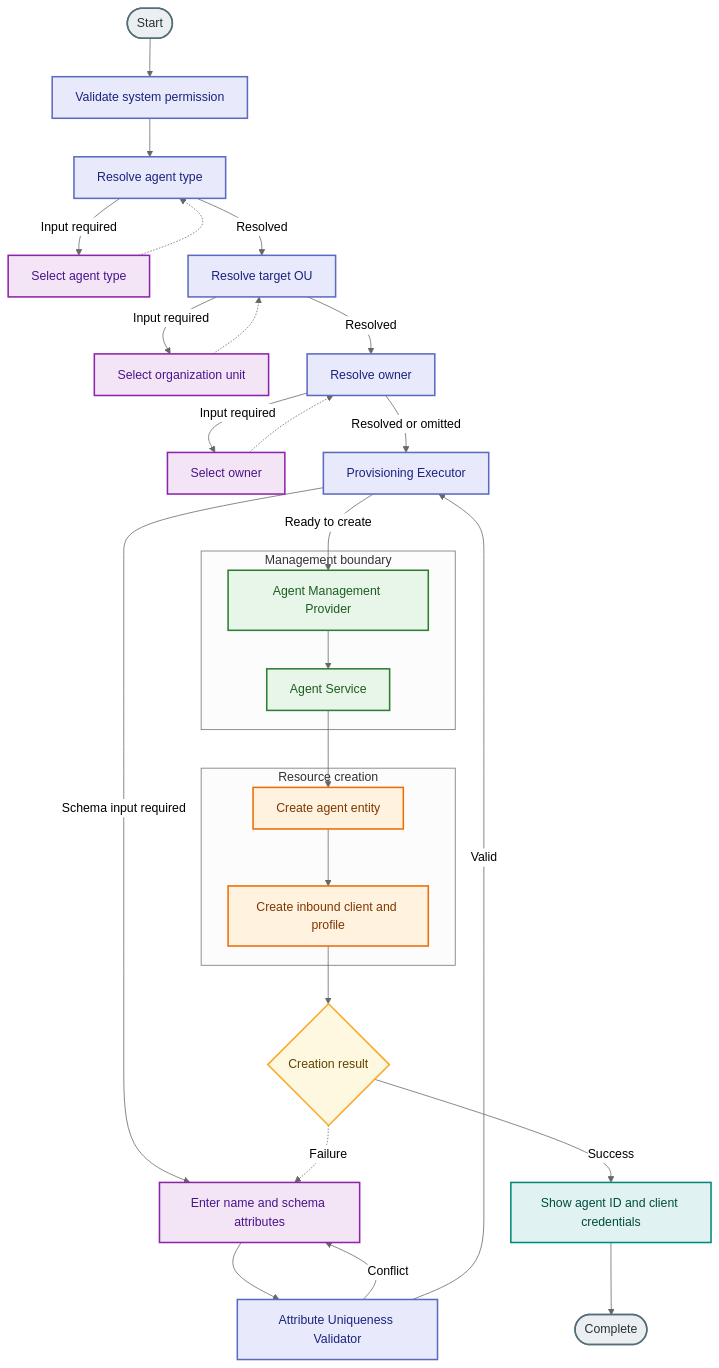
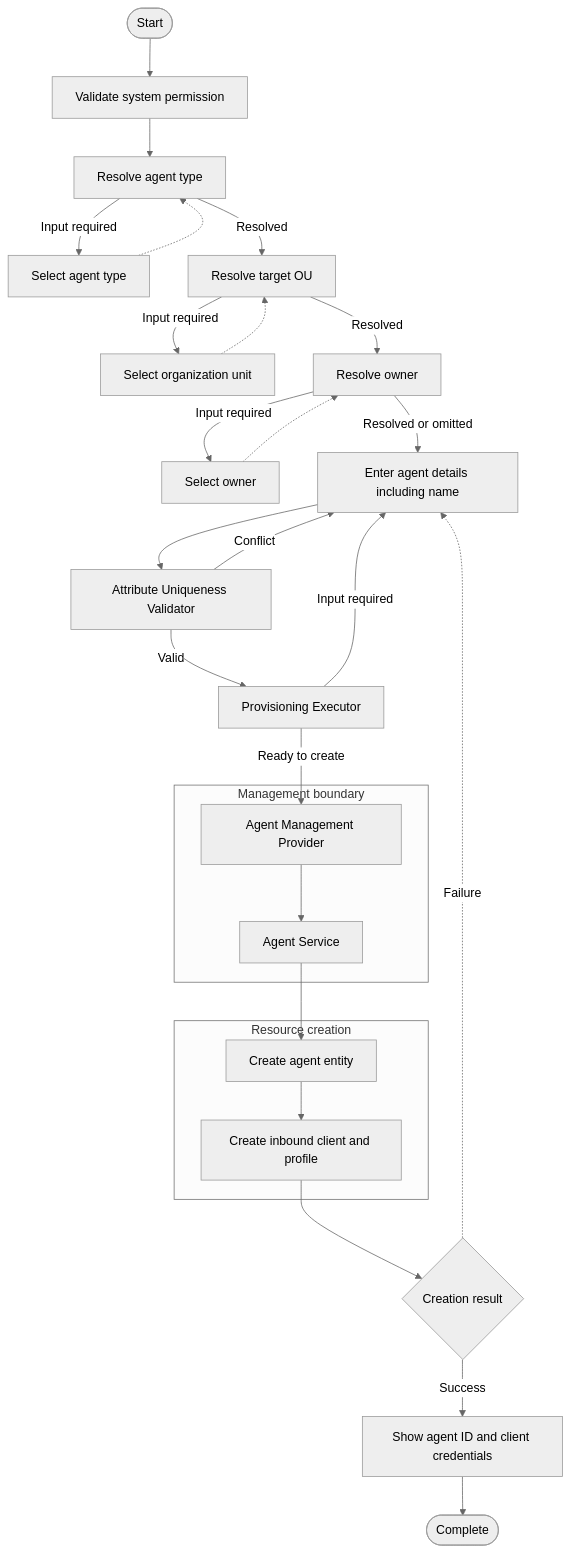
One commit to Dilusha-Madushan/thunder changed the diagram in docs-internals/agent-onbaording-flow/spec.md. Above: the diagram before and after it, drawn with Mermaid (neutral theme). The commit also changed other lines of this file, not shown here.

First line of the commit message:
Support on-behalf-of agent onboarding through flows

````diff
--- a/docs-internals/agent-onbaording-flow/spec.md
+++ b/docs-internals/agent-onbaording-flow/spec.md
@@ -246,57 +245,43 @@
 ```mermaid
 flowchart TD
     START([Start]) --> PERM[Validate system permission]
     PERM --> TYPE[Resolve agent type]
 
     TYPE -->|Input required| TYPE_PROMPT[Select agent type]
     TYPE_PROMPT -.-> TYPE
     TYPE -->|Resolved| OU[Resolve target OU]
 
     OU -->|Input required| OU_PROMPT[Select organization unit]
     OU_PROMPT -.-> OU
     OU -->|Resolved| OWNER[Resolve owner]
 
     OWNER -->|Input required| OWNER_PROMPT[Select owner]
     OWNER_PROMPT -.-> OWNER
-    OWNER -->|Resolved or omitted| PROVISION[Provisioning Executor]
-    PROVISION -->|Schema input required| DETAILS[Enter name and schema attributes]
+    OWNER -->|Resolved or omitted| DETAILS[Enter agent details including name]
+
     DETAILS --> UNIQUE[Attribute Uniqueness Validator]
+    PROVISION[Provisioning Executor] -->|Input required| DETAILS
     UNIQUE -->|Conflict| DETAILS
     UNIQUE -->|Valid| PROVISION
 
     subgraph MANAGEMENT["Management boundary"]
         PROVIDER[Agent Management Provider]
         SERVICE[Agent Service]
     end
 
     subgraph RESOURCES["Resource creation"]
         ENTITY[Create agent entity]
         INBOUND[Create inbound client and profile]
     end
 
     PROVISION -->|Ready to create| PROVIDER
     PROVIDER --> SERVICE
     SERVICE --> ENTITY
     ENTITY --> INBOUND
     INBOUND --> RESULT{Creation result}
 
     RESULT -.->|Failure| DETAILS
     RESULT -->|Success| CREDENTIALS[Show agent ID and client credentials]
     CREDENTIALS --> END([Complete])
 
-    classDef execution fill:#e8eafc,stroke:#5c6bc0,color:#1a237e,stroke-width:2px
-    classDef prompt fill:#f3e5f5,stroke:#8e24aa,color:#4a148c,stroke-width:2px
-    classDef management fill:#e8f5e9,stroke:#2e7d32,color:#1b5e20,stroke-width:2px
-    classDef resource fill:#fff3e0,stroke:#ef6c00,color:#7f3600,stroke-width:2px
-    classDef decision fill:#fff8e1,stroke:#f9a825,color:#5f4300,stroke-width:2px
-    classDef success fill:#e0f2f1,stroke:#00897b,color:#004d40,stroke-width:2px
-    classDef terminal fill:#eceff1,stroke:#546e7a,color:#263238,stroke-width:2px
-
-    class PERM,TYPE,OU,OWNER,PROVISION,UNIQUE execution
-    class TYPE_PROMPT,OU_PROMPT,OWNER_PROMPT,DETAILS prompt
-    class PROVIDER,SERVICE management
-    class ENTITY,INBOUND resource
-    class RESULT decision
-    class CREDENTIALS success
-    class START,END terminal
 ```
````
